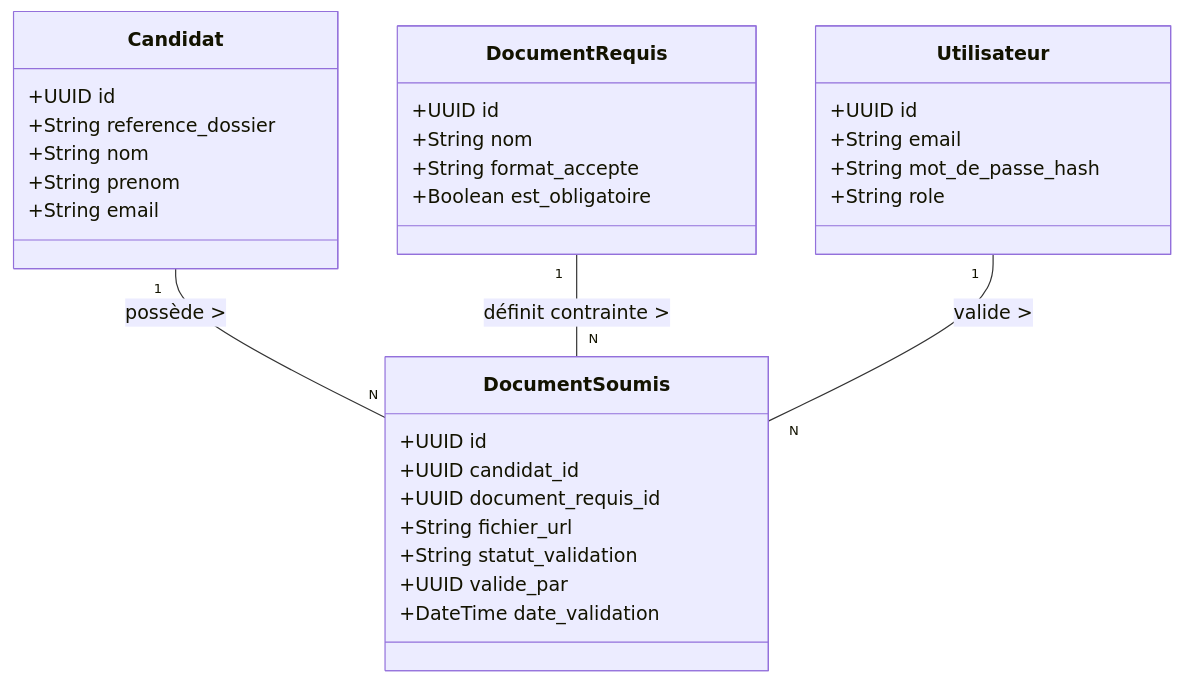
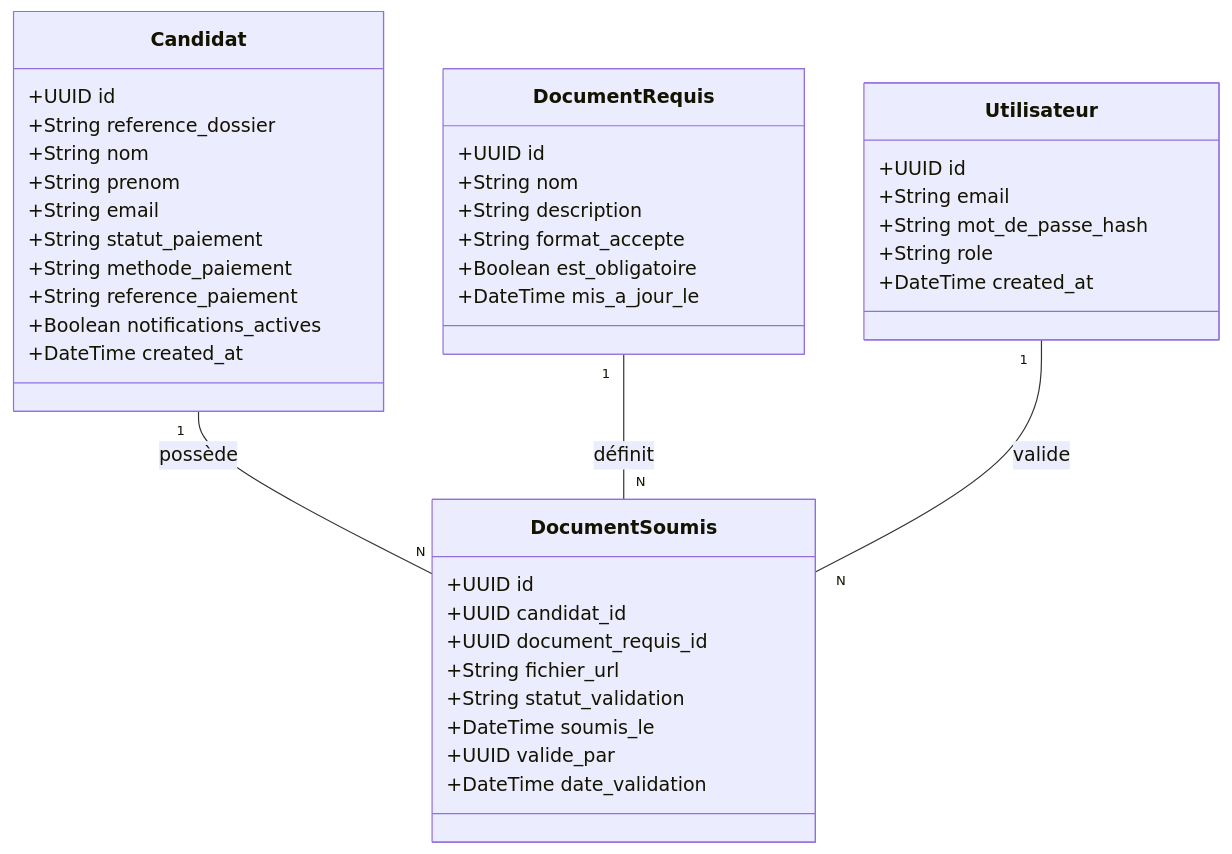
One commit to Paro-fds/fds-portail changed the fourth of 5 diagrams in cahier_des_charges.md. Above: the diagram before and after it, drawn with Mermaid. The commit also changed other lines of this file and 21 other files, not shown here.

````diff
--- a/cahier_des_charges.md
+++ b/cahier_des_charges.md
@@ -200,38 +367,47 @@
 ```mermaid
 classDiagram
     class Utilisateur {
         +UUID id
         +String email
         +String mot_de_passe_hash
         +String role
+        +DateTime created_at
     }
     
     class Candidat {
         +UUID id
         +String reference_dossier
         +String nom
         +String prenom
         +String email
+        +String statut_paiement
+        +String methode_paiement
+        +String reference_paiement
+        +Boolean notifications_actives
+        +DateTime created_at
     }
     
     class DocumentRequis {
         +UUID id
         +String nom
+        +String description
         +String format_accepte
         +Boolean est_obligatoire
+        +DateTime mis_a_jour_le
     }
     
     class DocumentSoumis {
         +UUID id
         +UUID candidat_id
         +UUID document_requis_id
         +String fichier_url
         +String statut_validation
+        +DateTime soumis_le
         +UUID valide_par
         +DateTime date_validation
     }
     
-    Candidat "1" -- "N" DocumentSoumis : possède >
-    DocumentRequis "1" -- "N" DocumentSoumis : définit contrainte >
-    Utilisateur "1" -- "N" DocumentSoumis : valide >
+    Candidat "1" -- "N" DocumentSoumis : possède
+    DocumentRequis "1" -- "N" DocumentSoumis : définit
+    Utilisateur "1" -- "N" DocumentSoumis : valide
 ```
````
